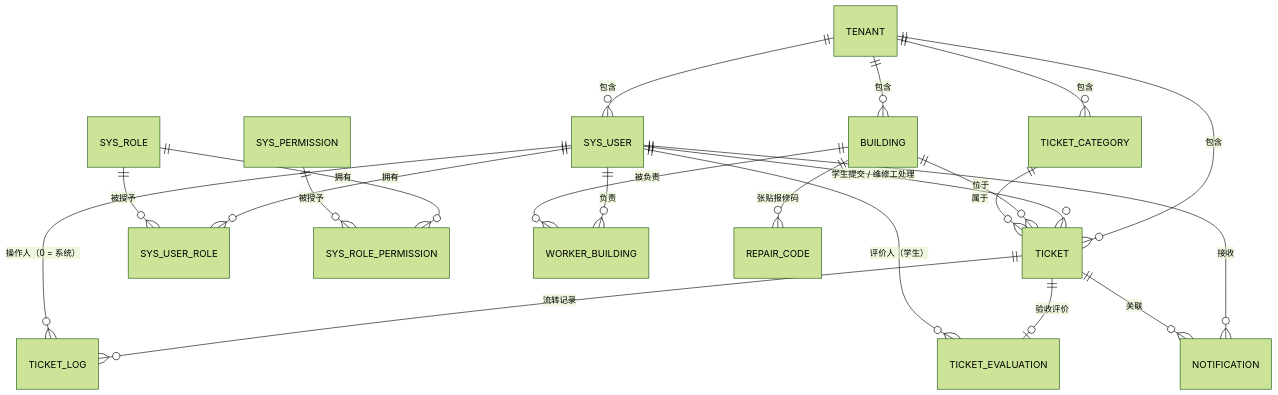
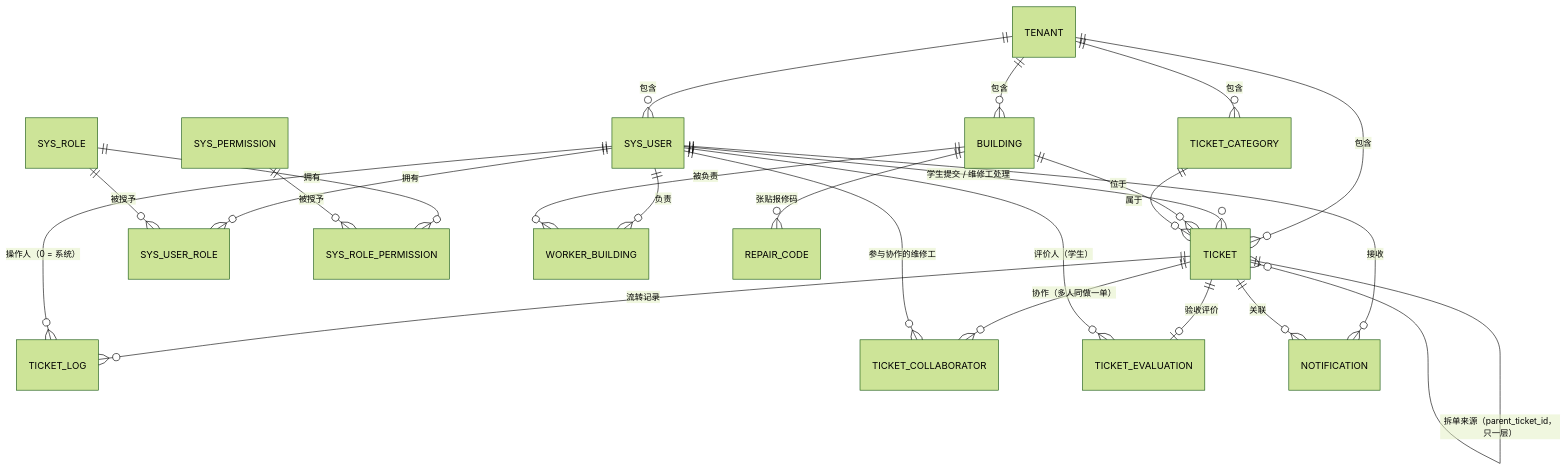
Before and after one commit to bluemalic/repair-platform: the diagram in docs/02-数据库设计.md, drawn with Mermaid (forest theme). The commit also changed other lines of this file and 2 other files, not shown here.

First line of the commit message:
feat(db): V6 协同处理建表（ticket_collaborator + ticket.parent_ticket_id）

````diff
--- a/docs/02-数据库设计.md
+++ b/docs/02-数据库设计.md
@@ -30,23 +30,26 @@
 ```mermaid
 erDiagram
     TENANT ||--o{ SYS_USER : "包含"
     TENANT ||--o{ BUILDING : "包含"
     TENANT ||--o{ TICKET_CATEGORY : "包含"
     TENANT ||--o{ TICKET : "包含"
     SYS_USER ||--o{ SYS_USER_ROLE : "拥有"
     SYS_ROLE ||--o{ SYS_USER_ROLE : "被授予"
     SYS_ROLE ||--o{ SYS_ROLE_PERMISSION : "拥有"
     SYS_PERMISSION ||--o{ SYS_ROLE_PERMISSION : "被授予"
     SYS_USER ||--o{ TICKET : "学生提交 / 维修工处理"
     BUILDING ||--o{ TICKET : "位于"
     TICKET_CATEGORY ||--o{ TICKET : "属于"
     SYS_USER ||--o{ WORKER_BUILDING : "负责"
     BUILDING ||--o{ WORKER_BUILDING : "被负责"
     BUILDING ||--o{ REPAIR_CODE : "张贴报修码"
     TICKET ||--o{ TICKET_LOG : "流转记录"
     SYS_USER ||--o{ TICKET_LOG : "操作人（0 = 系统）"
+    TICKET ||--o{ TICKET_COLLABORATOR : "协作（多人同做一单）"
+    SYS_USER ||--o{ TICKET_COLLABORATOR : "参与协作的维修工"
+    TICKET ||--o{ TICKET : "拆单来源（parent_ticket_id，只一层）"
     TICKET ||--o| TICKET_EVALUATION : "验收评价"
     SYS_USER ||--o{ TICKET_EVALUATION : "评价人（学生）"
     SYS_USER ||--o{ NOTIFICATION : "接收"
     TICKET ||--o{ NOTIFICATION : "关联"
 ```
````
